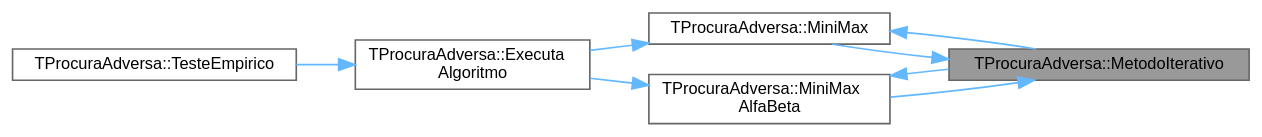
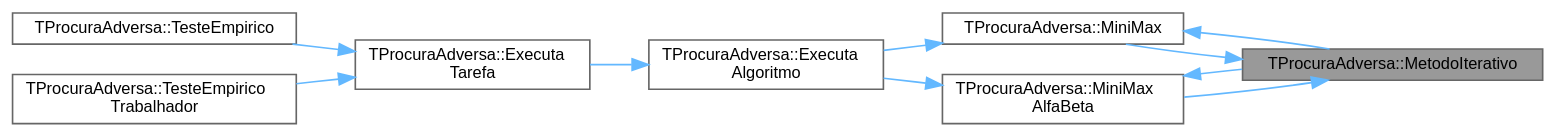
The diagram in classTProcuraAdversa_a7c4153974c32753901326271fee90197_icgraph.dot (jcoelho72/TProcura), drawn with Graphviz before and after one commit. The commit also changed 165 other files, not shown here.

```diff
--- a/classTProcuraAdversa_a7c4153974c32753901326271fee90197_icgraph.dot
+++ b/classTProcuraAdversa_a7c4153974c32753901326271fee90197_icgraph.dot
@@ -1,20 +1,24 @@
 digraph "TProcuraAdversa::MetodoIterativo"
 {
  // LATEX_PDF_SIZE
   bgcolor="transparent";
   edge [fontname=Helvetica,fontsize=10,labelfontname=Helvetica,labelfontsize=10];
   node [fontname=Helvetica,fontsize=10,shape=box,height=0.2,width=0.4];
   rankdir="RL";
   Node1 [id="Node000001",label="TProcuraAdversa::MetodoIterativo",height=0.2,width=0.4,color="gray40", fillcolor="grey60", style="filled", fontcolor="black",tooltip="iteração, aumentando o nível progressivamente"];
   Node1 -> Node2 [id="edge1_Node000001_Node000002",dir="back",color="steelblue1",style="solid",tooltip=" "];
   Node2 [id="Node000002",label="TProcuraAdversa::MiniMax",height=0.2,width=0.4,color="grey40", fillcolor="white", style="filled",URL="$classTProcuraAdversa.html#a4d8542bcb03f17da8aa3038384104f24",tooltip="retorna o valor do estado actual, apos procura de profundidade nivel"];
   Node2 -> Node3 [id="edge2_Node000002_Node000003",dir="back",color="steelblue1",style="solid",tooltip=" "];
   Node3 [id="Node000003",label="TProcuraAdversa::Executa\lAlgoritmo",height=0.2,width=0.4,color="grey40", fillcolor="white", style="filled",URL="$classTProcuraAdversa.html#aff6f48defaa10c14d160ac3990fd029b",tooltip="Executa o algoritmo com os parametros atuais."];
   Node3 -> Node4 [id="edge3_Node000003_Node000004",dir="back",color="steelblue1",style="solid",tooltip=" "];
-  Node4 [id="Node000004",label="TProcuraAdversa::TesteEmpirico",height=0.2,width=0.4,color="grey40", fillcolor="white", style="filled",URL="$classTProcuraAdversa.html#abe15e86c2a11e584764a2b80ddab10cb",tooltip="Executa testes empíricos, em todas as configurações guardadas, nas instâncias selecionadas."];
-  Node2 -> Node1 [id="edge4_Node000002_Node000001",dir="back",color="steelblue1",style="solid",tooltip=" "];
-  Node1 -> Node5 [id="edge5_Node000001_Node000005",dir="back",color="steelblue1",style="solid",tooltip=" "];
-  Node5 [id="Node000005",label="TProcuraAdversa::MiniMax\lAlfaBeta",height=0.2,width=0.4,color="grey40", fillcolor="white", style="filled",URL="$classTProcuraAdversa.html#adb3f857b1c8b3ee26682e335dc6ed601",tooltip="retorna o valor do estado actual, apos procura de profundidade nivel. Idêntico a MiniMax"];
-  Node5 -> Node3 [id="edge6_Node000005_Node000003",dir="back",color="steelblue1",style="solid",tooltip=" "];
-  Node5 -> Node1 [id="edge7_Node000005_Node000001",dir="back",color="steelblue1",style="solid",tooltip=" "];
+  Node4 [id="Node000004",label="TProcuraAdversa::Executa\lTarefa",height=0.2,width=0.4,color="grey40", fillcolor="white", style="filled",URL="$classTProcuraAdversa.html#aad206751268402eef355dd89415d1865",tooltip="Executa uma tarefa num teste empírico."];
+  Node4 -> Node5 [id="edge4_Node000004_Node000005",dir="back",color="steelblue1",style="solid",tooltip=" "];
+  Node5 [id="Node000005",label="TProcuraAdversa::TesteEmpirico",height=0.2,width=0.4,color="grey40", fillcolor="white", style="filled",URL="$classTProcuraAdversa.html#abe15e86c2a11e584764a2b80ddab10cb",tooltip="Executa testes empíricos, em todas as configurações guardadas, nas instâncias selecionadas."];
+  Node4 -> Node6 [id="edge5_Node000004_Node000006",dir="back",color="steelblue1",style="solid",tooltip=" "];
+  Node6 [id="Node000006",label="TProcuraAdversa::TesteEmpirico\lTrabalhador",height=0.2,width=0.4,color="grey40", fillcolor="white", style="filled",URL="$classTProcuraAdversa.html#adf8ec64db235b7d293fbf5a632a57966",tooltip="Teste empírico com modo mestre-escravo (este é o escravo)"];
+  Node2 -> Node1 [id="edge6_Node000002_Node000001",dir="back",color="steelblue1",style="solid",tooltip=" "];
+  Node1 -> Node7 [id="edge7_Node000001_Node000007",dir="back",color="steelblue1",style="solid",tooltip=" "];
+  Node7 [id="Node000007",label="TProcuraAdversa::MiniMax\lAlfaBeta",height=0.2,width=0.4,color="grey40", fillcolor="white", style="filled",URL="$classTProcuraAdversa.html#adb3f857b1c8b3ee26682e335dc6ed601",tooltip="retorna o valor do estado actual, apos procura de profundidade nivel. Idêntico a MiniMax"];
+  Node7 -> Node3 [id="edge8_Node000007_Node000003",dir="back",color="steelblue1",style="solid",tooltip=" "];
+  Node7 -> Node1 [id="edge9_Node000007_Node000001",dir="back",color="steelblue1",style="solid",tooltip=" "];
 }
```
